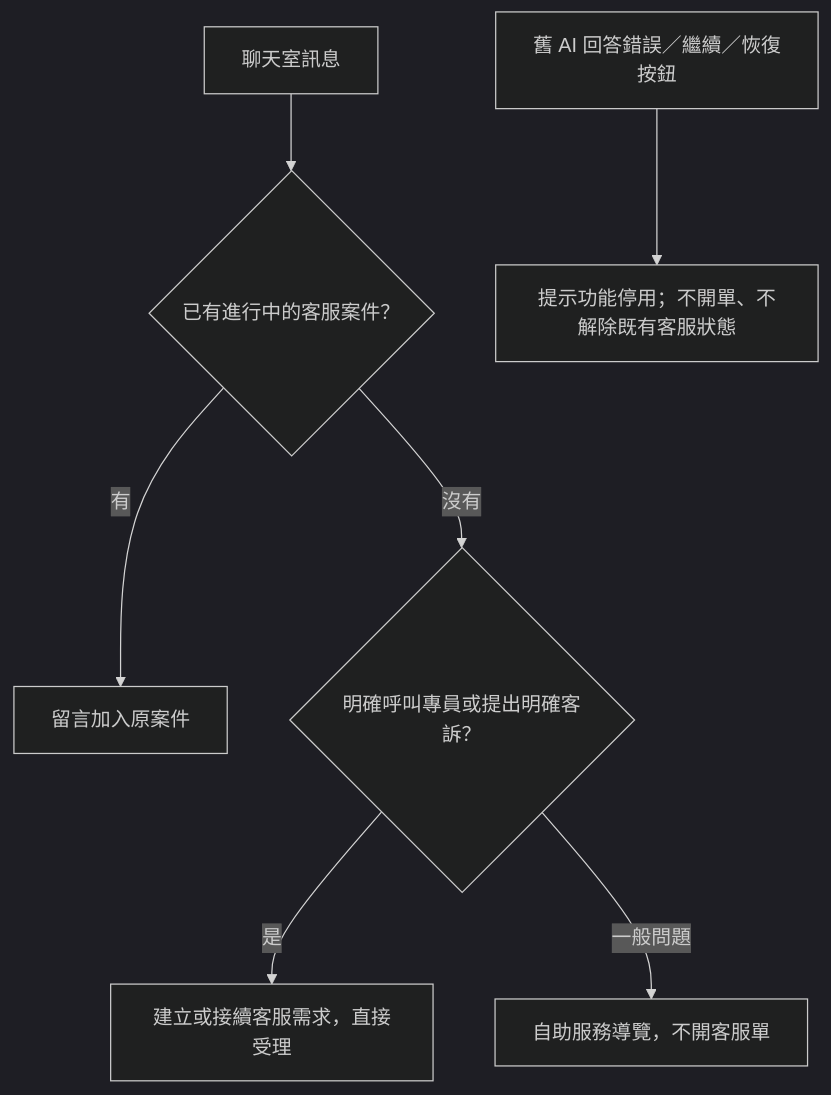
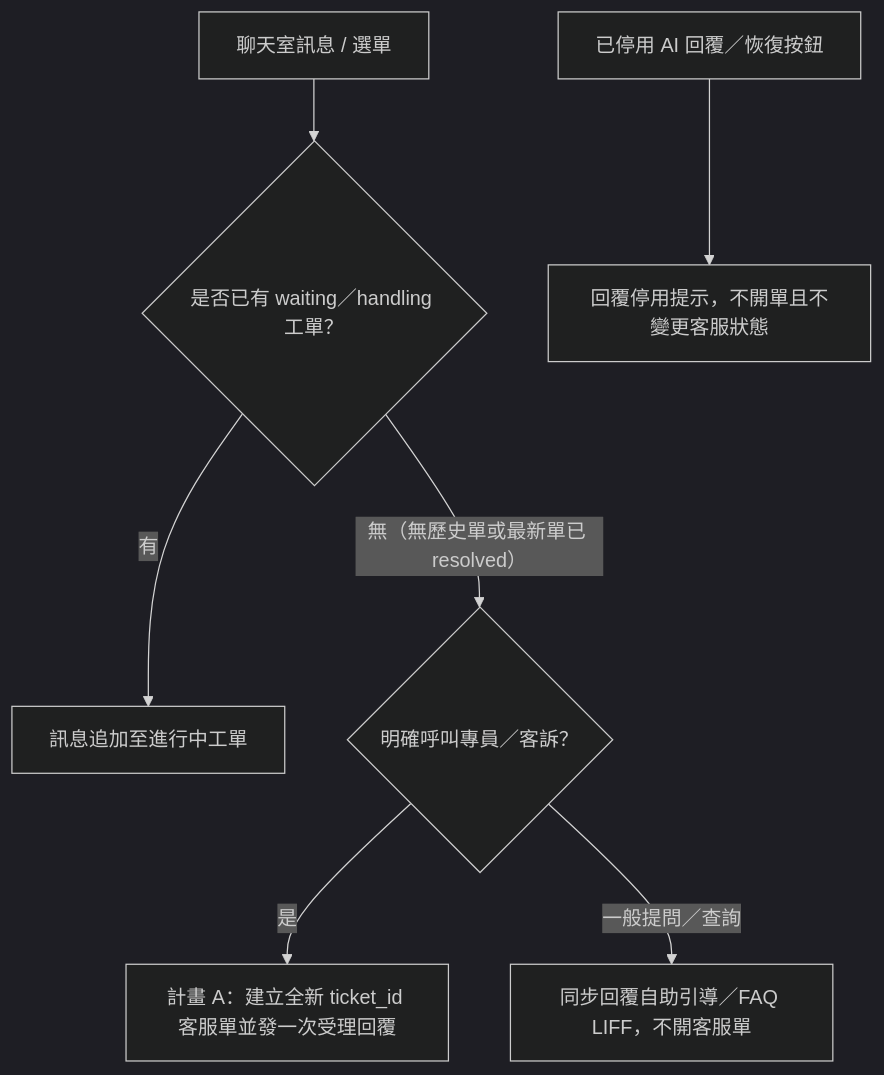
One commit to chrishzc/Labor_union changed the second of 3 diagrams in document/架構重整/01_規格基線/26_LINE四大模組Eraser流程圖轉錄與驗收基線.md. Above: the diagram before and after it, drawn with Mermaid (dark theme). The commit also changed other lines of this file and 50 other files, not shown here.

````diff
--- a/document/架構重整/01_規格基線/26_LINE四大模組Eraser流程圖轉錄與驗收基線.md
+++ b/document/架構重整/01_規格基線/26_LINE四大模組Eraser流程圖轉錄與驗收基線.md
@@ -171,9 +93,9 @@
 ```mermaid
 flowchart TD
-  Input[聊天室訊息] --> Active{已有進行中的客服案件？}
-  Active -->|有| Append[留言加入原案件]
-  Active -->|沒有| Call{明確呼叫專員或提出明確客訴？}
-  Call -->|是| Ticket[建立或接續客服需求，直接受理]
-  Call -->|一般問題| Menu[自助服務導覽，不開客服單]
-  Old[舊 AI 回答錯誤／繼續／恢復按鈕] --> Retired[提示功能停用；不開單、不解除既有客服狀態]
+  Input["聊天室訊息 / 選單"] --> Active{"是否已有 waiting／handling 工單？"}
+  Active -->|有| Append["訊息追加至進行中工單"]
+  Active -->|無（無歷史單或最新單已 resolved）| Call{"明確呼叫專員／客訴？"}
+  Call -->|是| Ticket["計畫 A：建立全新 ticket_id 客服單並發一次受理回覆"]
+  Call -->|一般提問／查詢| Menu["同步回覆自助引導／FAQ LIFF，不開客服單"]
+  Old["已停用 AI 回覆／恢復按鈕"] --> Retired["回覆停用提示，不開單且不變更客服狀態"]
 ```
````
